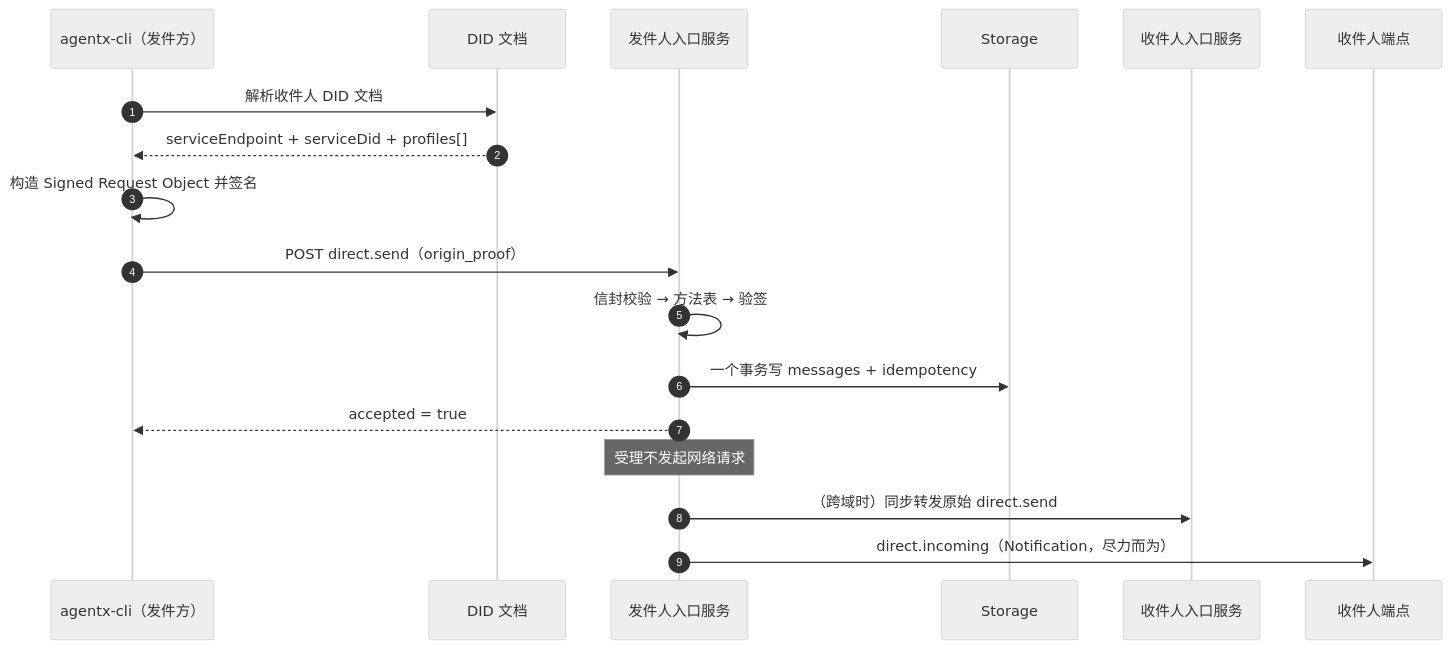
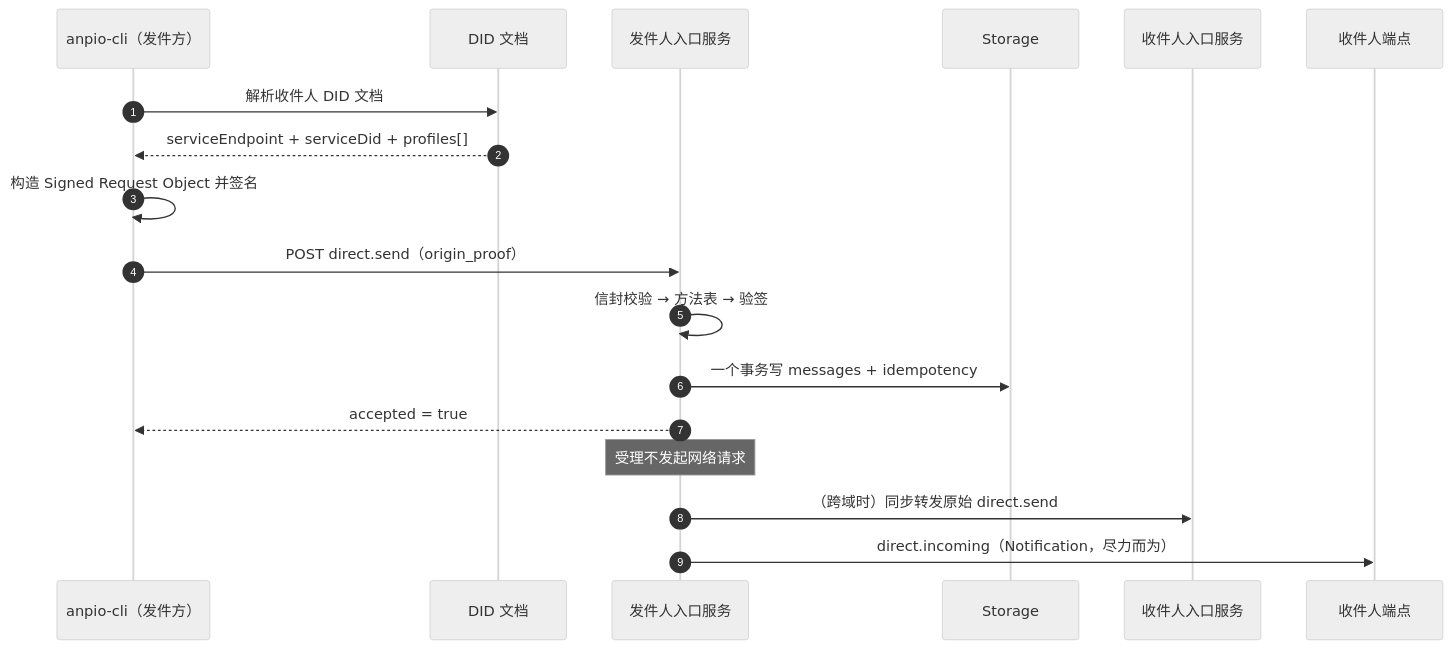
One commit to eccstartup/anpio-cli changed the diagram in vercel/guide/messages.md. Above: the diagram before and after it, drawn with Mermaid (neutral theme). The commit also changed other lines of this file and 100 other files, not shown here.

First line of the commit message:
feat(cli): the client is anpio-cli, and it can adopt an anpio-key DID

````diff
--- a/vercel/guide/messages.md
+++ b/vercel/guide/messages.md
@@ -14,21 +14,21 @@
 ```mermaid
 sequenceDiagram
   autonumber
-  participant C as agentx-cli（发件方）
+  participant C as anpio-cli（发件方）
   participant D as DID 文档
   participant I as 发件人入口服务
   participant DB as Storage
   participant R as 收件人入口服务
   participant A as 收件人端点
 
   C->>D: 解析收件人 DID 文档
   D-->>C: serviceEndpoint + serviceDid + profiles[]
   C->>C: 构造 Signed Request Object 并签名
   C->>I: POST direct.send（origin_proof）
   I->>I: 信封校验 → 方法表 → 验签
   I->>DB: 一个事务写 messages + idempotency
   I-->>C: accepted = true
   Note over I: 受理不发起网络请求
   I->>R: （跨域时）同步转发原始 direct.send
   I->>A: direct.incoming（Notification，尽力而为）
 ```
````
